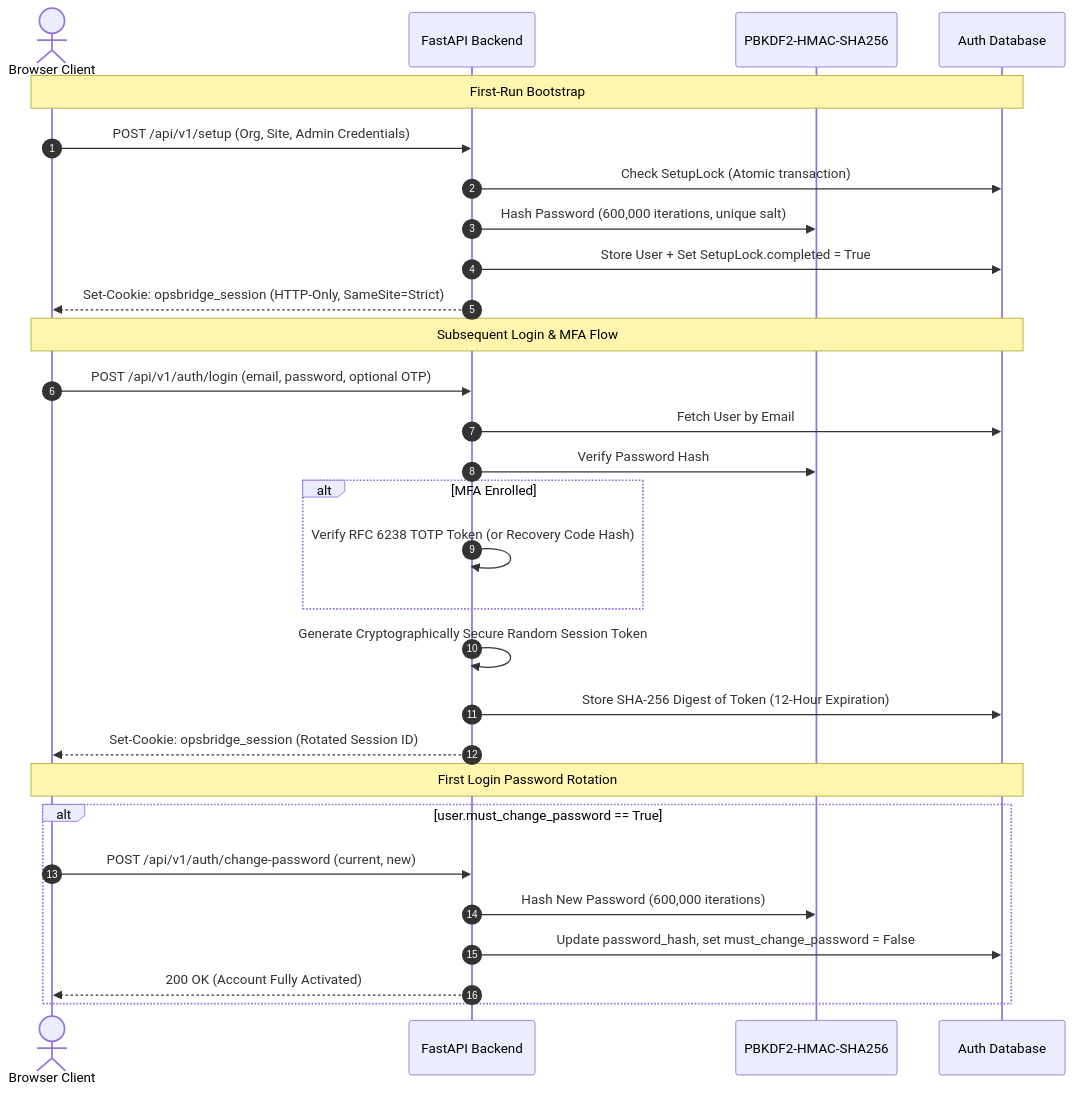
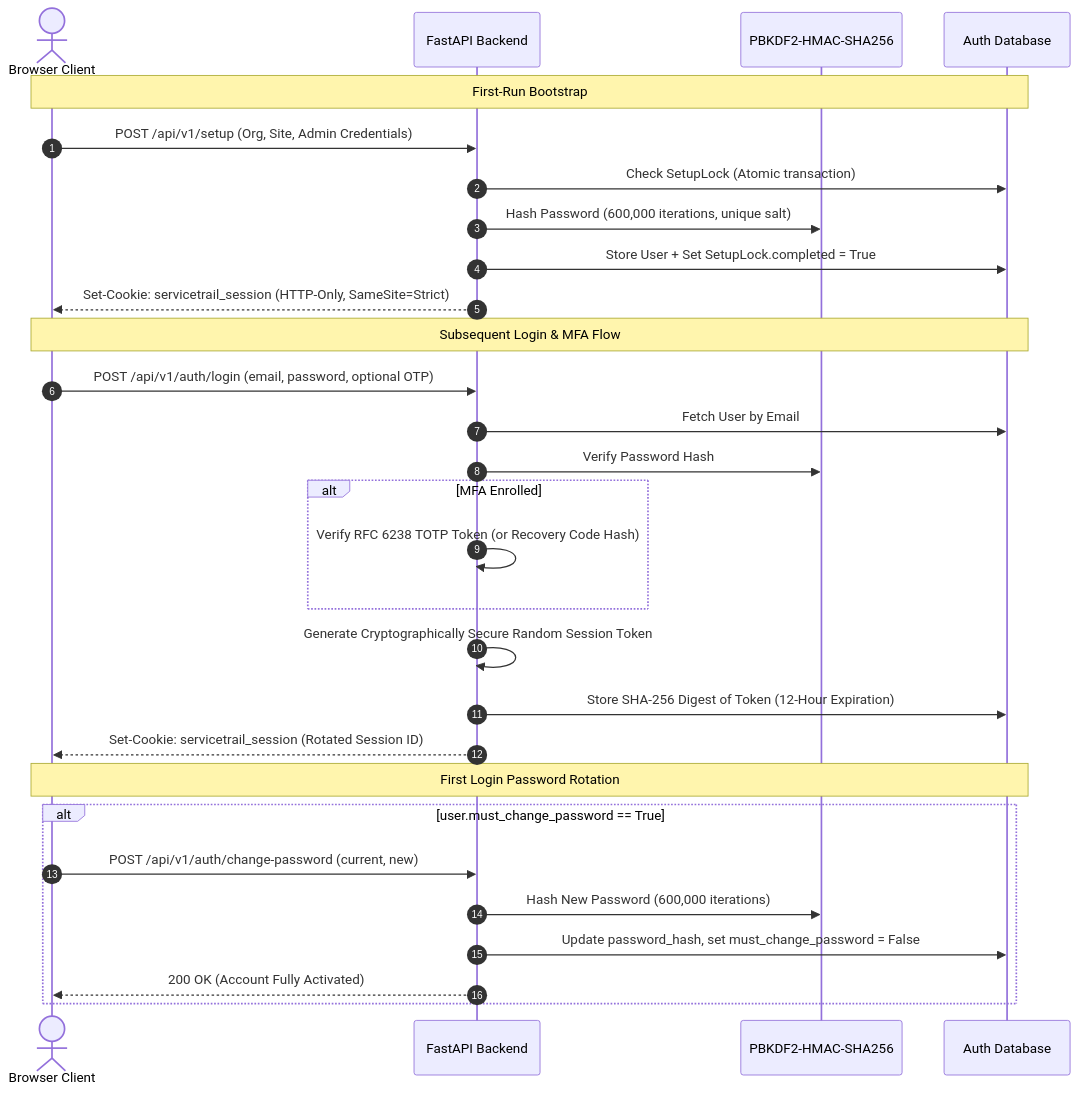
Before and after one commit to PriyanshuChauhan-007/ServiceTrail: the fourth of 6 diagrams in docs/architecture-diagrams.md, drawn with Mermaid. The commit also changed other lines of this file and 44 other files, not shown here.

````diff
--- a/docs/architecture-diagrams.md
+++ b/docs/architecture-diagrams.md
@@ -161,34 +161,34 @@
 ```mermaid
 sequenceDiagram
     autonumber
     actor Client as Browser Client
     participant API as FastAPI Backend
     participant Hash as PBKDF2-HMAC-SHA256
     participant DB as Auth Database
 
     Note over Client,DB: First-Run Bootstrap
     Client->>API: POST /api/v1/setup (Org, Site, Admin Credentials)
     API->>DB: Check SetupLock (Atomic transaction)
     API->>Hash: Hash Password (600,000 iterations, unique salt)
     API->>DB: Store User + Set SetupLock.completed = True
-    API-->>Client: Set-Cookie: opsbridge_session (HTTP-Only, SameSite=Strict)
+    API-->>Client: Set-Cookie: servicetrail_session (HTTP-Only, SameSite=Strict)
 
     Note over Client,DB: Subsequent Login & MFA Flow
     Client->>API: POST /api/v1/auth/login (email, password, optional OTP)
     API->>DB: Fetch User by Email
     API->>Hash: Verify Password Hash
     alt MFA Enrolled
         API->>API: Verify RFC 6238 TOTP Token (or Recovery Code Hash)
     end
     API->>API: Generate Cryptographically Secure Random Session Token
     API->>DB: Store SHA-256 Digest of Token (12-Hour Expiration)
-    API-->>Client: Set-Cookie: opsbridge_session (Rotated Session ID)
+    API-->>Client: Set-Cookie: servicetrail_session (Rotated Session ID)
 
     Note over Client,DB: First Login Password Rotation
     alt user.must_change_password == True
         Client->>API: POST /api/v1/auth/change-password (current, new)
         API->>Hash: Hash New Password (600,000 iterations)
         API->>DB: Update password_hash, set must_change_password = False
         API-->>Client: 200 OK (Account Fully Activated)
     end
 ```
````
